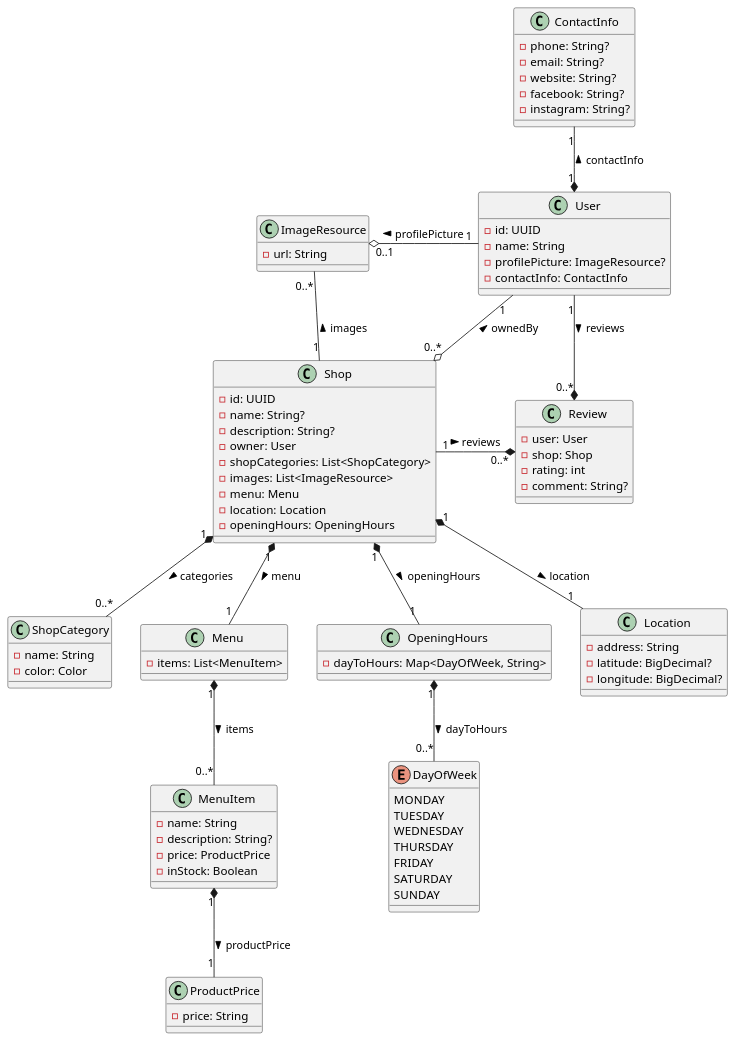
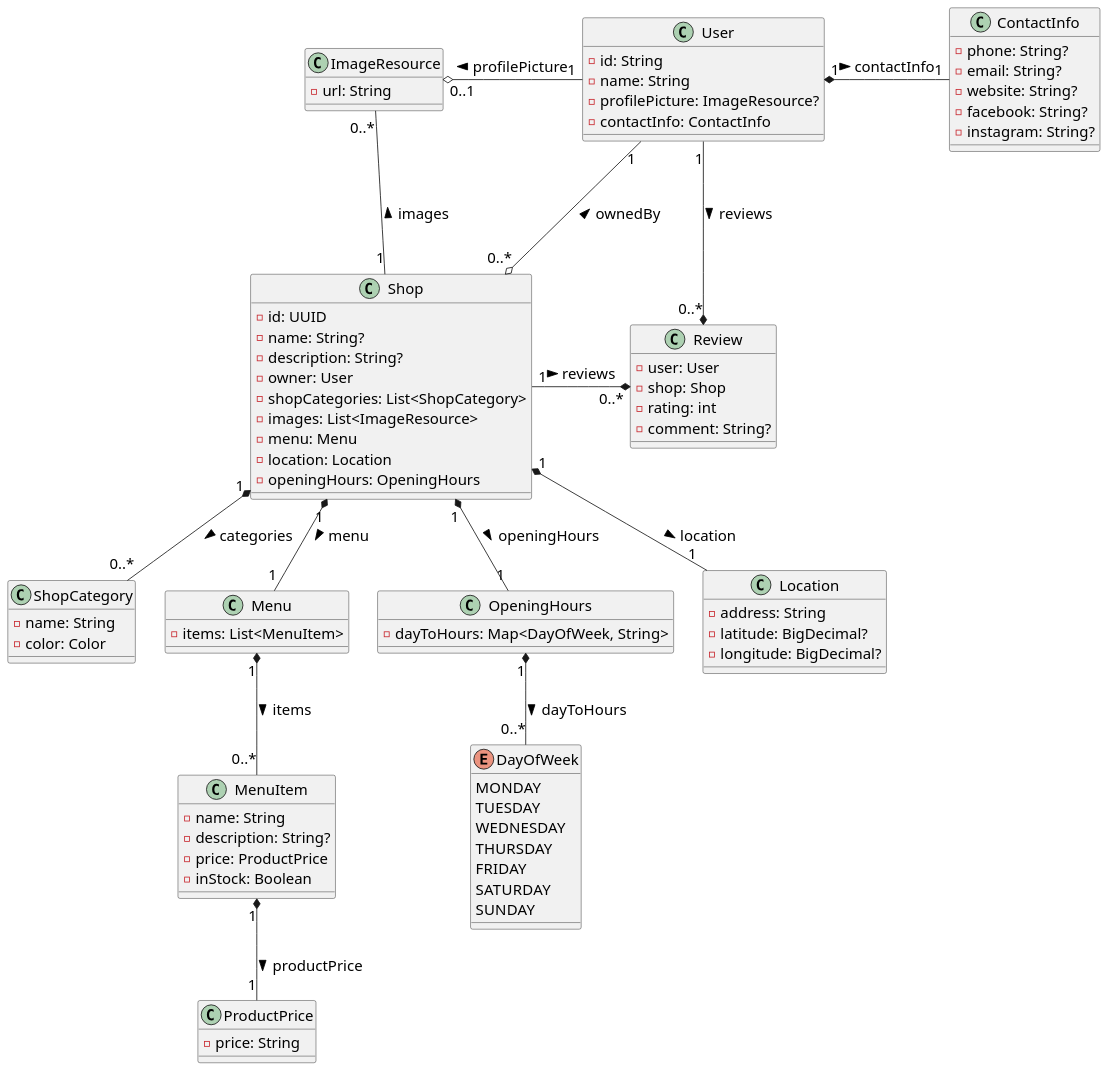
One commit to tondracek/my-farmer changed the diagram in docs/diagram/class_diagram.puml. Above: the diagram before and after it, drawn with PlantUML. The commit also changed 1 other file, not shown here.

Commit message:
fix(diagram): increased font size

```diff
--- a/docs/diagram/class_diagram.puml
+++ b/docs/diagram/class_diagram.puml
@@ -1,121 +1,123 @@
 @startuml
+
+skinparam defaultFontSize 18
 
 skinparam backgroundColor #FFFFFF
 
 class ImageResource {
     - url: String
 }
 
 ' ----------------------------------- '
 
 class User {
-    - id: UUID
+    - id: String
     - name: String
     - profilePicture: ImageResource?
     - contactInfo: ContactInfo
 }
 
 User "1" -Lo "0..1" ImageResource : profilePicture >
 
 ' ----------------------------------- '
 
 class ContactInfo {
     - phone: String?
     - email: String?
     - website: String?
     - facebook: String?
     - instagram: String?
 }
 
-User "1" *-U- "1" ContactInfo : contactInfo >
+User "1" *- "1" ContactInfo : contactInfo >
 
 ' ----------------------------------- '
 
 class Shop {
     - id: UUID
     - name: String?
     - description: String?
     - owner: User
     - shopCategories: List<ShopCategory>
     - images: List<ImageResource>
     - menu: Menu
     - location: Location
     - openingHours: OpeningHours
 }
 
-User "1" --o "0..*" Shop : ownedBy <
+User "1" ---o "0..*" Shop : ownedBy <
 
-Shop "1" -U- "0..*" ImageResource : images >
+Shop "1" -- "0..*" ImageResource : images >
 
 ' ----------------------------------- '
 
 class ShopCategory {
     - name: String
     - color: Color
 }
 
 Shop "1" *-- "0..*" ShopCategory : categories >
 
 ' ----------------------------------- '
 
 class Menu {
     - items: List<MenuItem>
 }
 
 class MenuItem {
     - name: String
     - description: String?
     - price: ProductPrice
     - inStock: Boolean
 }
 
 class ProductPrice {
     - price: String
 }
 
 Shop "1" *-- "1" Menu : menu >
 Menu "1" *-- "0..*" MenuItem : items >
 MenuItem "1" *-- "1" ProductPrice : productPrice >
 
 ' ----------------------------------- '
 
 class OpeningHours {
     - dayToHours: Map<DayOfWeek, String>
 }
 
 enum DayOfWeek {
     MONDAY
     TUESDAY
     WEDNESDAY
     THURSDAY
     FRIDAY
     SATURDAY
     SUNDAY
 }
 
 Shop "1" *-- "1" OpeningHours : openingHours >
 OpeningHours "1" *-- "0..*" DayOfWeek : dayToHours >
 
 ' ----------------------------------- '
 
 class Location {
     - address: String
     - latitude: BigDecimal?
     - longitude: BigDecimal?
 }
 
 Shop "1" *-- "1" Location : location >
 
 ' ----------------------------------- '
 
 class Review {
     - user: User
     - shop: Shop
     - rating: int
     - comment: String?
 }
 
 Shop "1" -* "0..*" Review : reviews >
 User "1" -* "0..*" Review : reviews >
 
 @enduml
```
